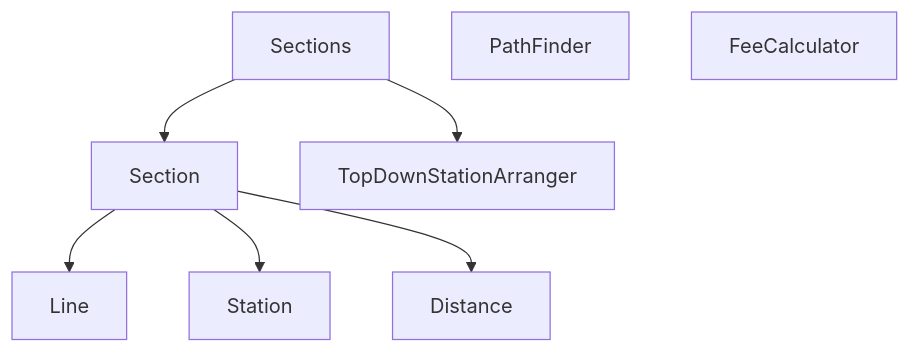
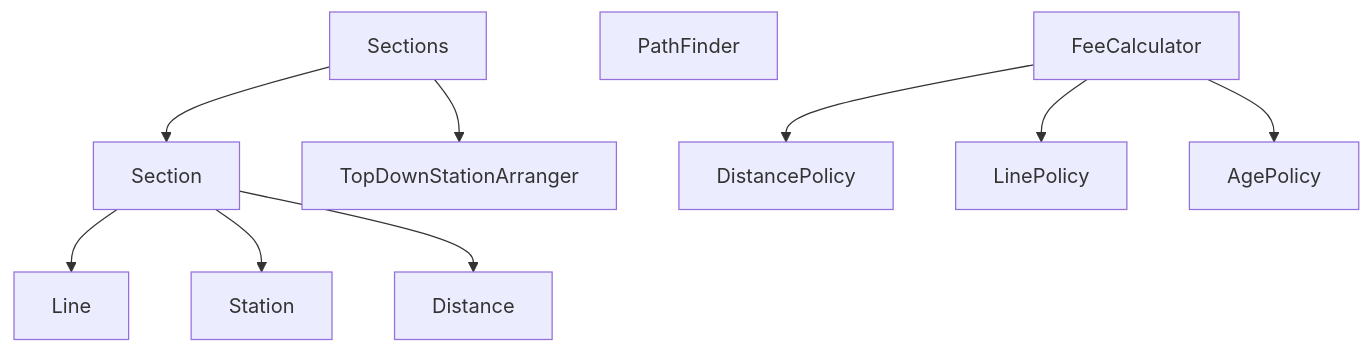
The diagram in README.md (woowacourse/jwp-subway-path), drawn with Mermaid before and after one commit.

Commit message:
docs(README): 도메인 객체 설계 수정

````diff
--- a/README.md
+++ b/README.md
@@ -38,12 +38,14 @@
 ```mermaid
 graph TD
 Sections --> Section
 Sections --> TopDownStationArranger
 
 Section -->  Line
 Section --> Station
 Section --> Distance
 
 PathFinder
-FeeCalculator
+FeeCalculator --> DistancePolicy
+FeeCalculator --> LinePolicy
+FeeCalculator --> AgePolicy
 ```
````
